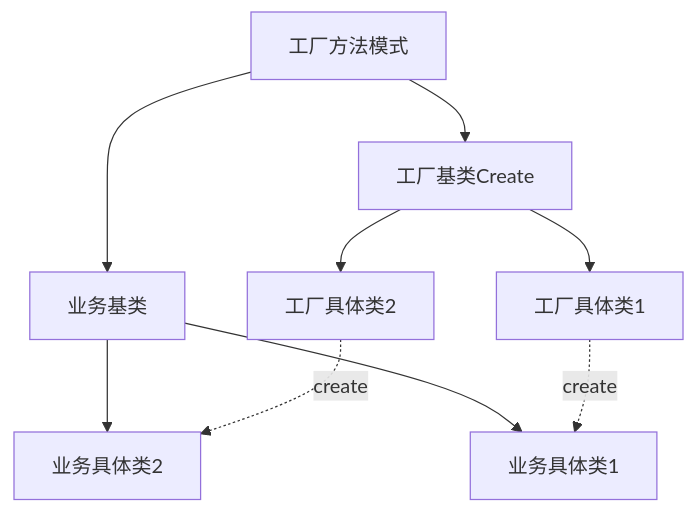
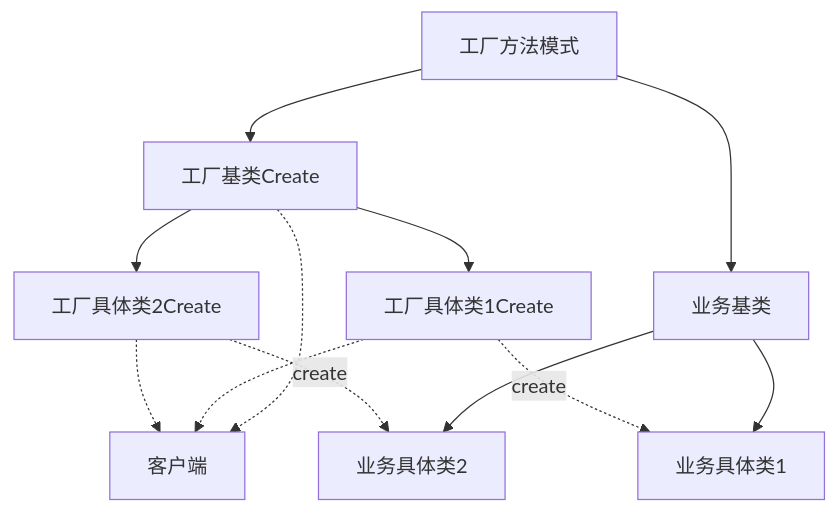
The sixth of 27 diagrams in C++设计模式.md (chenbei97/myLeetCode), drawn with Mermaid before and after one commit. The commit also changed other lines of this file, not shown here.

````diff
--- a/C++设计模式.md
+++ b/C++设计模式.md
@@ -1514,17 +1530,21 @@
 ```mermaid
 graph TD
 m[工厂方法模式]
 s1[工厂基类Create]
 y1[业务基类]
 y2[业务具体类1]
 y3[业务具体类2]
-s2[工厂具体类1]
-s3[工厂具体类2]
+s2[工厂具体类1Create]
+s3[工厂具体类2Create]
 m-->s1-->s3
 s1-->s2
 m-->y1
 y1-->y2
 y1-->y3
 s2-.->|create|y2
 s3-.->|create|y3
+e[客户端]
+s1-.->e
+s2-.->e
+s3-.->e
 ```
````
